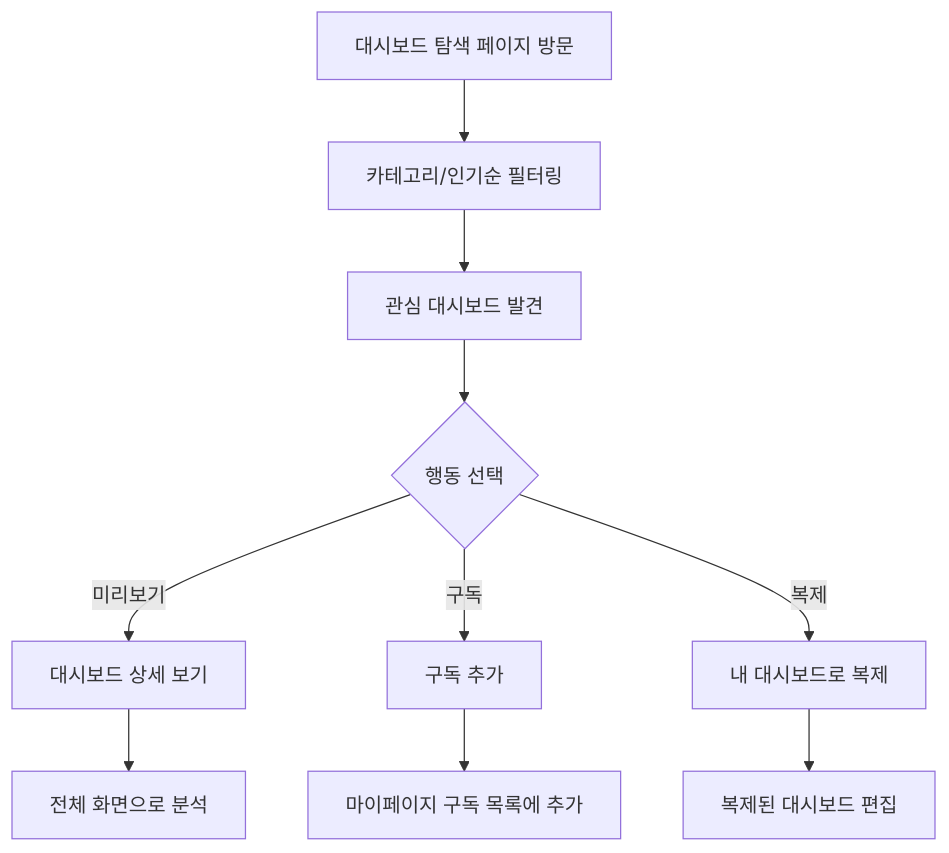
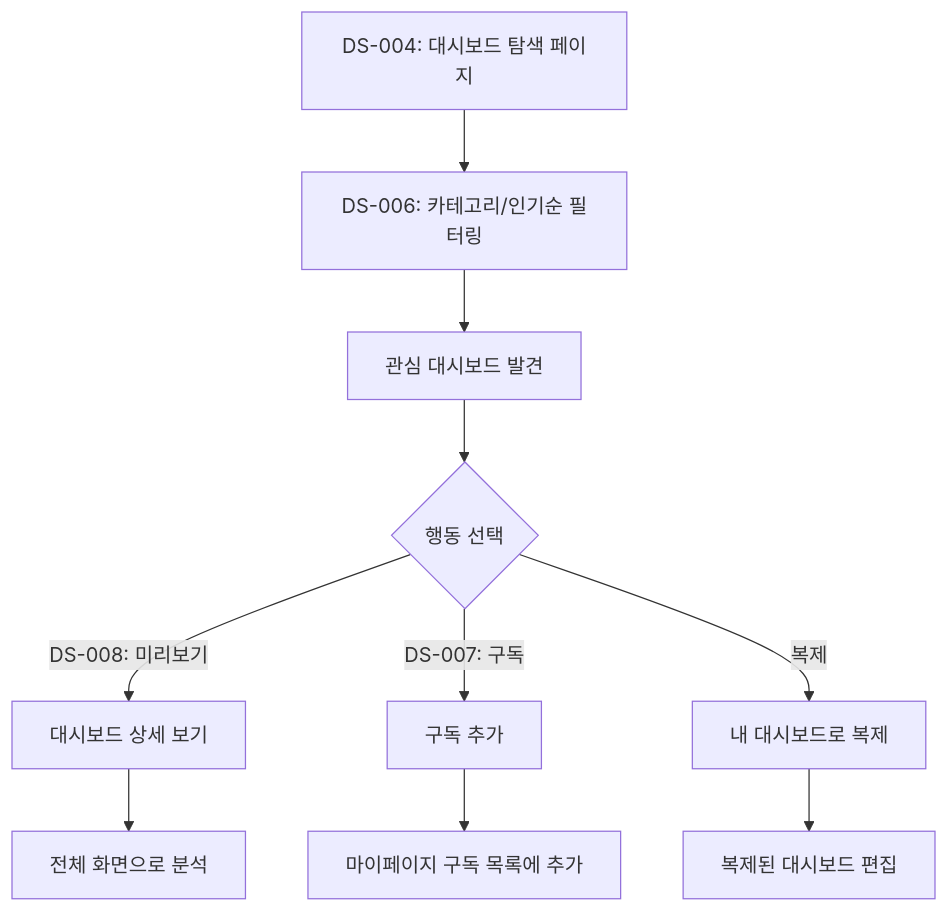
Diagram 13 of 19 in ui-design/user-flows.md (Seungwoo321/etorch-docs), drawn with Mermaid before and after one commit. The commit also changed other lines of this file, not shown here.

````diff
--- a/ui-design/user-flows.md
+++ b/ui-design/user-flows.md
@@ -608,13 +560,13 @@
 ```mermaid
 flowchart TD
-    A[대시보드 탐색 페이지 방문] --> B[카테고리/인기순 필터링]
+    A[DS-004: 대시보드 탐색 페이지] --> B[DS-006: 카테고리/인기순 필터링]
     B --> C[관심 대시보드 발견]
     C --> D{행동 선택}
-    D -->|미리보기| E[대시보드 상세 보기]
-    D -->|구독| F[구독 추가]
+    D -->|DS-008: 미리보기| E[대시보드 상세 보기]
+    D -->|DS-007: 구독| F[구독 추가]
     D -->|복제| G[내 대시보드로 복제]
     
     E --> H[전체 화면으로 분석]
     F --> I[마이페이지 구독 목록에 추가]
     G --> J[복제된 대시보드 편집]
 ```
````
